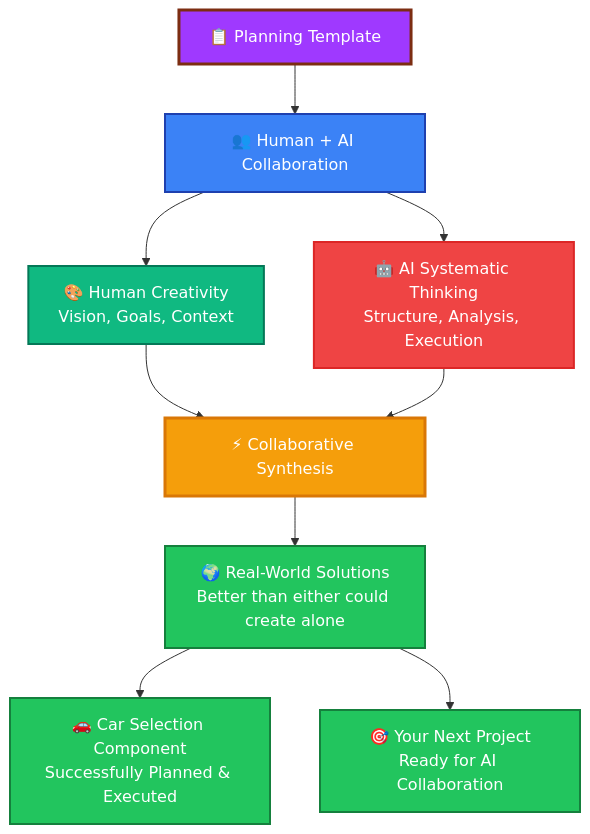
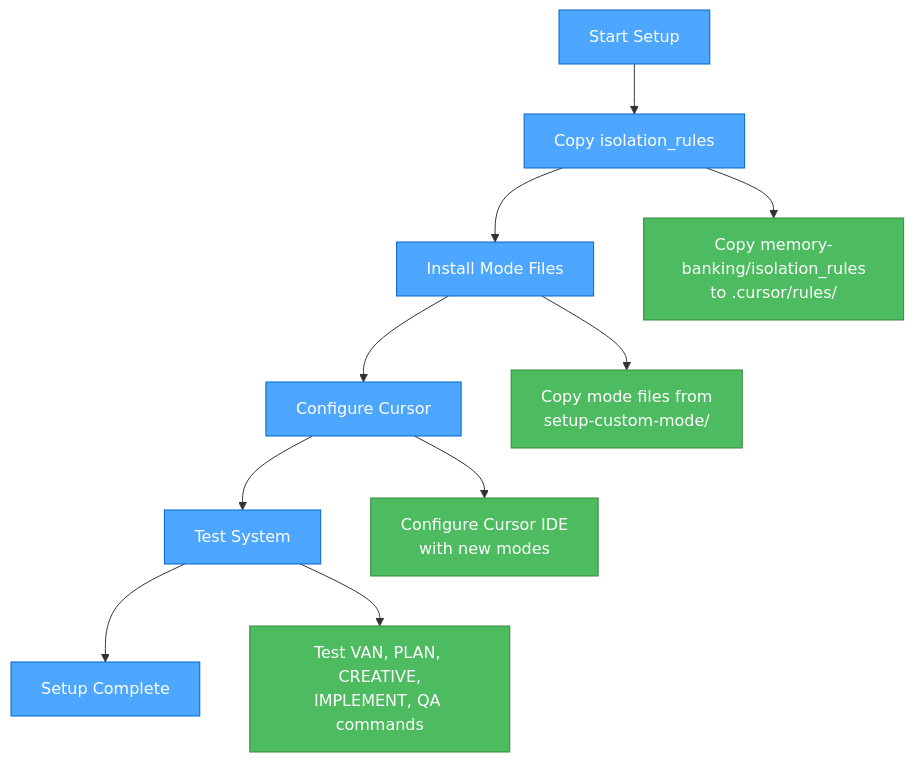
Before and after one commit to giang6283623/cursor-tip: the sixth of 8 diagrams in README.md, drawn with Mermaid. The commit also changed other lines of this file and 7 other files, not shown here.

````diff
--- a/README.md
+++ b/README.md
@@ -1020,29 +249,19 @@
 ```mermaid
 graph TD
-    Template[📋 Planning Template] --> HumanAI[👥 Human + AI Collaboration]
+    Start[Start Setup] --> Copy[Copy isolation_rules]
+    Copy --> Install[Install Mode Files]
+    Install --> Configure[Configure Cursor]
+    Configure --> Test[Test System]
+    Test --> Complete[Setup Complete]
 
-    HumanAI --> Creativity[🎨 Human Creativity<br/>Vision, Goals, Context]
-    HumanAI --> Systematic[🤖 AI Systematic Thinking<br/>Structure, Analysis, Execution]
+    Copy --> IsolationRules[Copy memory-banking/isolation_rules<br/>to .cursor/rules/]
+    Install --> ModeFiles[Copy mode files from<br/>setup-custom-mode/]
+    Configure --> CursorConfig[Configure Cursor IDE<br/>with new modes]
+    Test --> TestCommands[Test VAN, PLAN, CREATIVE,<br/>IMPLEMENT, QA commands]
 
-    Creativity --> Synthesis[⚡ Collaborative Synthesis]
-    Systematic --> Synthesis
+    classDef step fill:#4da6ff,stroke:#0066cc,color:white
+    classDef action fill:#4dbb5f,stroke:#36873f,color:white
 
-    Synthesis --> RealWorld[🌍 Real-World Solutions<br/>Better than either could create alone]
-
-    RealWorld --> CarProject[🚗 Car Selection Component<br/>Successfully Planned & Executed]
-    RealWorld --> YourProject[🎯 Your Next Project<br/>Ready for AI Collaboration]
-
-    classDef template fill:#9f39ff,stroke:#7c2d12,stroke-width:3px,color:#fff
-    classDef collaboration fill:#3b82f6,stroke:#1e40af,stroke-width:2px,color:#fff
-    classDef human fill:#10b981,stroke:#047857,stroke-width:2px,color:#fff
-    classDef ai fill:#ef4444,stroke:#dc2626,stroke-width:2px,color:#fff
-    classDef synthesis fill:#f59e0b,stroke:#d97706,stroke-width:3px,color:#fff
-    classDef realworld fill:#22c55e,stroke:#15803d,stroke-width:2px,color:#fff
-
-    class Template template
-    class HumanAI collaboration
-    class Creativity human
-    class Systematic ai
-    class Synthesis synthesis
-    class RealWorld,CarProject,YourProject realworld
+    class Start,Copy,Install,Configure,Test,Complete step
+    class IsolationRules,ModeFiles,CursorConfig,TestCommands action
 ```
````
